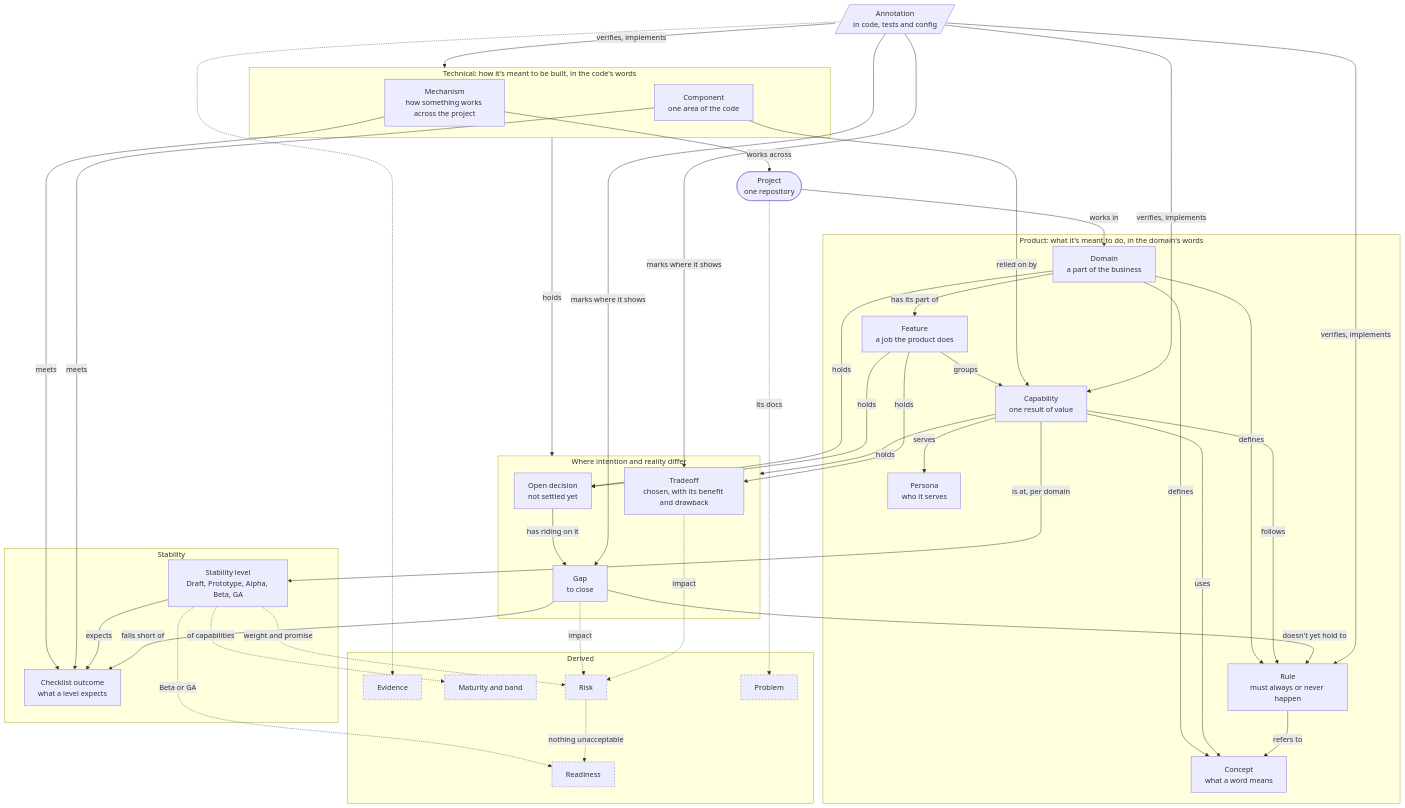
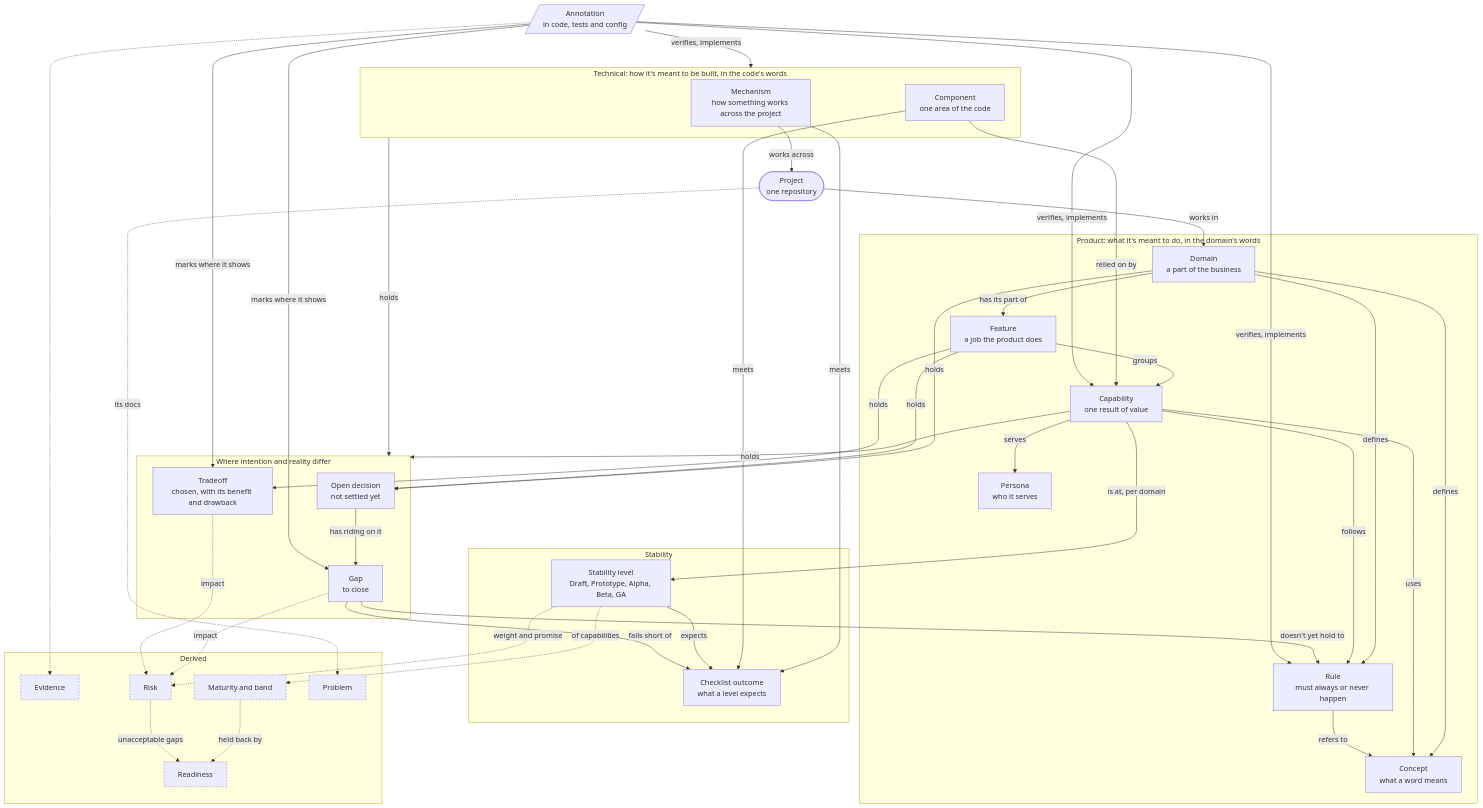
One commit to docqet/docqet changed the diagram in docs/domain/overview.md. Above: the diagram before and after it, drawn with Mermaid. The commit also changed other lines of this file and 16 other files, not shown here.

First line of the commit message:
Make readiness a recommendation: maturity, held back by unacceptable gaps

````diff
--- a/docs/domain/overview.md
+++ b/docs/domain/overview.md
@@ -71,78 +71,78 @@
 ```mermaid
 flowchart TB
   project(["Project<br/>one repository"])
 
   subgraph product ["Product: what it's meant to do, in the domain's words"]
     domain["Domain<br/>a part of the business"]
     feature["Feature<br/>a job the product does"]
     capability["Capability<br/>one result of value"]
     persona["Persona<br/>who it serves"]
     rule["Rule<br/>must always or never happen"]
     concept["Concept<br/>what a word means"]
   end
 
   subgraph technical ["Technical: how it's meant to be built, in the code's words"]
     mechanism["Mechanism<br/>how something works across the project"]
     component["Component<br/>one area of the code"]
   end
 
   subgraph differ ["Where intention and reality differ"]
     decision["Open decision<br/>not settled yet"]
     gap["Gap<br/>to close"]
     tradeoff["Tradeoff<br/>chosen, with its benefit and drawback"]
   end
 
   subgraph stability ["Stability"]
     level["Stability level<br/>Draft, Prototype, Alpha, Beta, GA"]
     outcome["Checklist outcome<br/>what a level expects"]
   end
 
   annotation[/"Annotation<br/>in code, tests and config"/]
 
   subgraph derived ["Derived"]
     evidence["Evidence"]
     maturity["Maturity and band"]
     readiness["Readiness"]
     risk["Risk"]
     problem["Problem"]
   end
 
   project -- "works in" --> domain
   domain -- "has its part of" --> feature
   domain -- "defines" --> rule & concept
   feature -- "groups" --> capability
   capability -- "serves" --> persona
   capability -- "follows" --> rule
   capability -- "uses" --> concept
   rule -- "refers to" --> concept
 
   component -- "relied on by" --> capability
   mechanism -- "works across" --> project
   mechanism & component -- "meets" --> outcome
 
   capability -- "is at, per domain" --> level
   level -- "expects" --> outcome
 
   domain -- "holds" --> decision
   feature -- "holds" --> decision & tradeoff
   capability -- "holds" --> differ
   technical -- "holds" --> differ
 
   gap -- "falls short of" --> outcome
   gap -- "doesn't yet hold to" --> rule
   decision -- "has riding on it" --> gap
 
   annotation -- "verifies, implements" --> rule & capability & technical
   annotation -- "marks where it shows" --> gap & tradeoff
 
   annotation -.-> evidence
   gap & tradeoff -. "impact" .-> risk
   level -. "weight and promise" .-> risk
   level -. "of capabilities" .-> maturity
-  level -. "Beta or GA" .-> readiness
-  risk -. "nothing unacceptable" .-> readiness
+  maturity -. "held back by" .-> readiness
+  risk -. "unacceptable gaps" .-> readiness
   project -. "its docs" .-> problem
 
   classDef derivedNode stroke-dasharray: 4 3
   class evidence,maturity,readiness,risk,problem derivedNode
 ```
````
